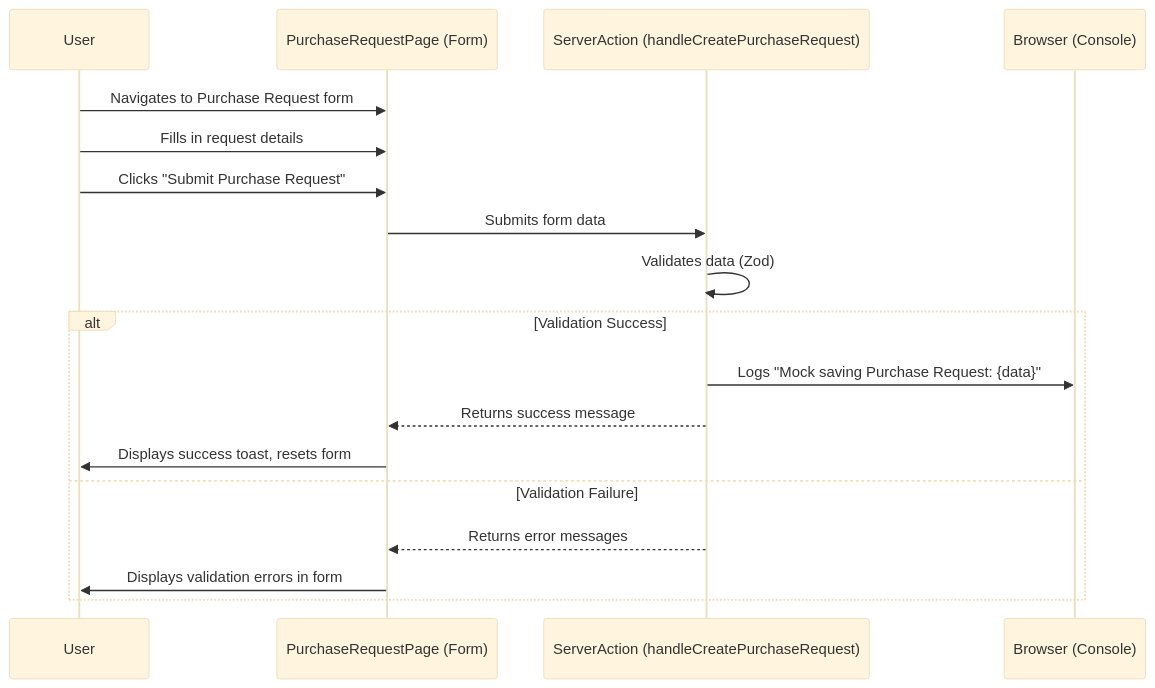
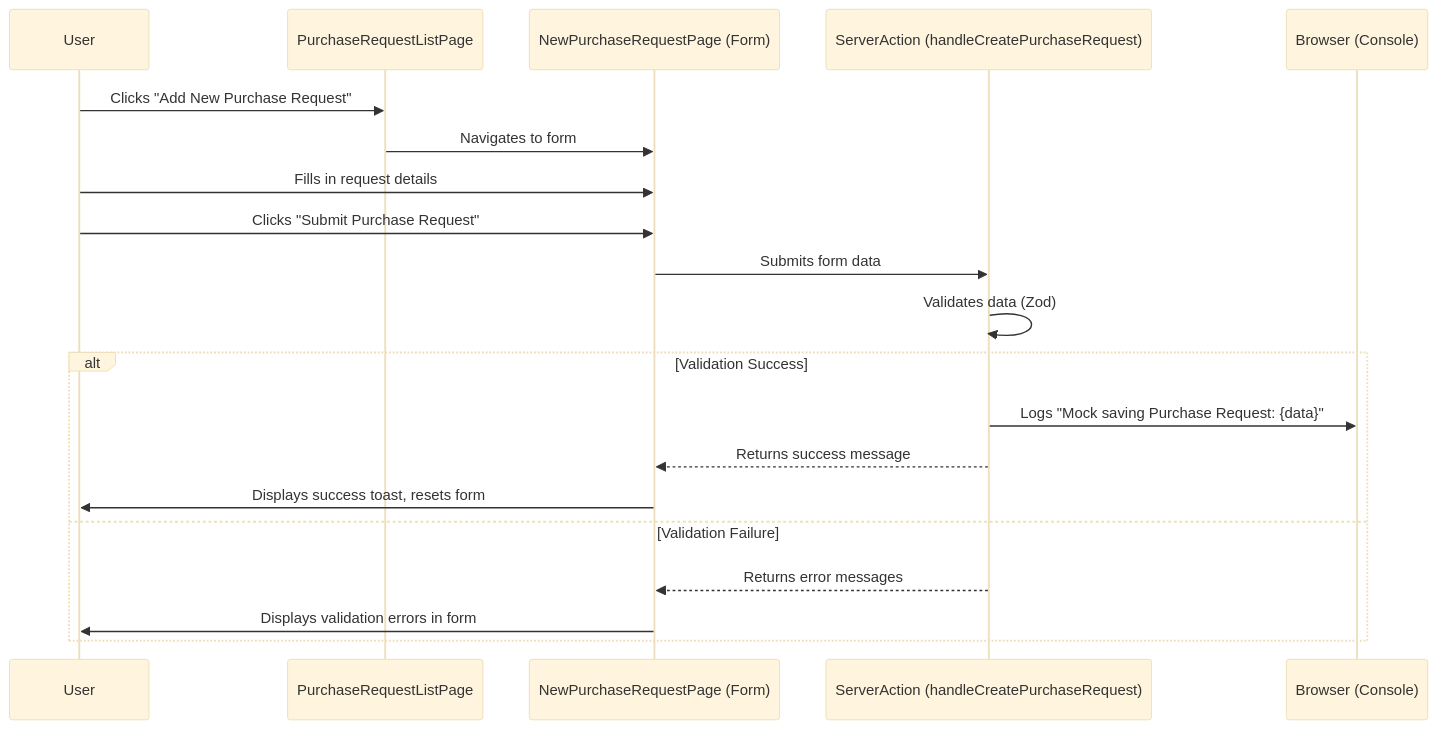
Before and after one commit to jackycj0830/studio: the sixth of 7 diagrams in spec.md, drawn with Mermaid (base theme). The commit also changed other lines of this file and 5 other files, not shown here.

````diff
--- a/spec.md
+++ b/spec.md
@@ -168,21 +170,23 @@
 ```mermaid
 sequenceDiagram
     participant User
-    participant PurchaseRequestPage (Form)
+    participant PurchaseRequestListPage
+    participant NewPurchaseRequestPage (Form)
     participant ServerAction (handleCreatePurchaseRequest)
     participant Browser (Console)
 
-    User->>PurchaseRequestPage (Form): Navigates to Purchase Request form
-    User->>PurchaseRequestPage (Form): Fills in request details
-    User->>PurchaseRequestPage (Form): Clicks "Submit Purchase Request"
-    PurchaseRequestPage (Form)->>ServerAction (handleCreatePurchaseRequest): Submits form data
+    User->>PurchaseRequestListPage: Clicks "Add New Purchase Request"
+    PurchaseRequestListPage->>NewPurchaseRequestPage (Form): Navigates to form
+    User->>NewPurchaseRequestPage (Form): Fills in request details
+    User->>NewPurchaseRequestPage (Form): Clicks "Submit Purchase Request"
+    NewPurchaseRequestPage (Form)->>ServerAction (handleCreatePurchaseRequest): Submits form data
     ServerAction (handleCreatePurchaseRequest)->>ServerAction (handleCreatePurchaseRequest): Validates data (Zod)
     alt Validation Success
         ServerAction (handleCreatePurchaseRequest)->>Browser (Console): Logs "Mock saving Purchase Request: {data}"
-        ServerAction (handleCreatePurchaseRequest)-->>PurchaseRequestPage (Form): Returns success message
-        PurchaseRequestPage (Form)->>User: Displays success toast, resets form
+        ServerAction (handleCreatePurchaseRequest)-->>NewPurchaseRequestPage (Form): Returns success message
+        NewPurchaseRequestPage (Form)->>User: Displays success toast, resets form
     else Validation Failure
-        ServerAction (handleCreatePurchaseRequest)-->>PurchaseRequestPage (Form): Returns error messages
-        PurchaseRequestPage (Form)->>User: Displays validation errors in form
+        ServerAction (handleCreatePurchaseRequest)-->>NewPurchaseRequestPage (Form): Returns error messages
+        NewPurchaseRequestPage (Form)->>User: Displays validation errors in form
     end
 ```
````
